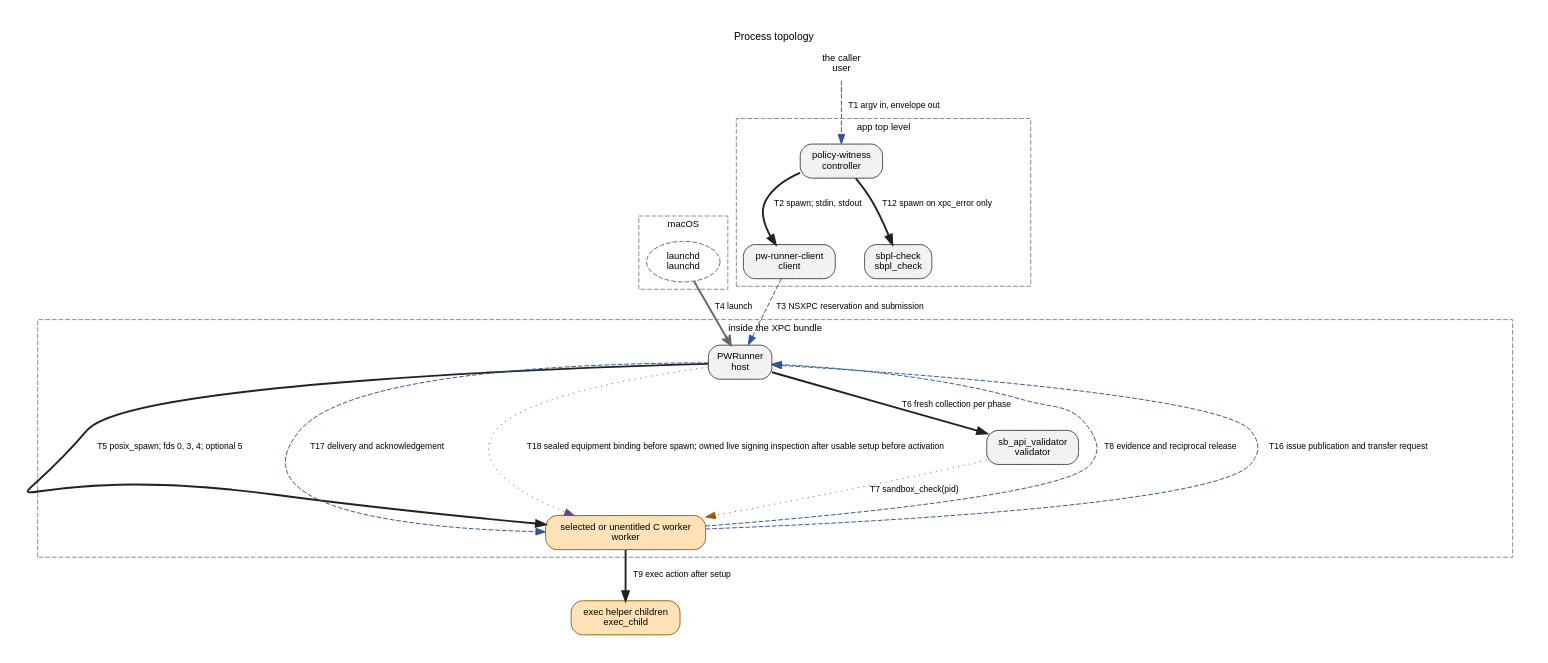
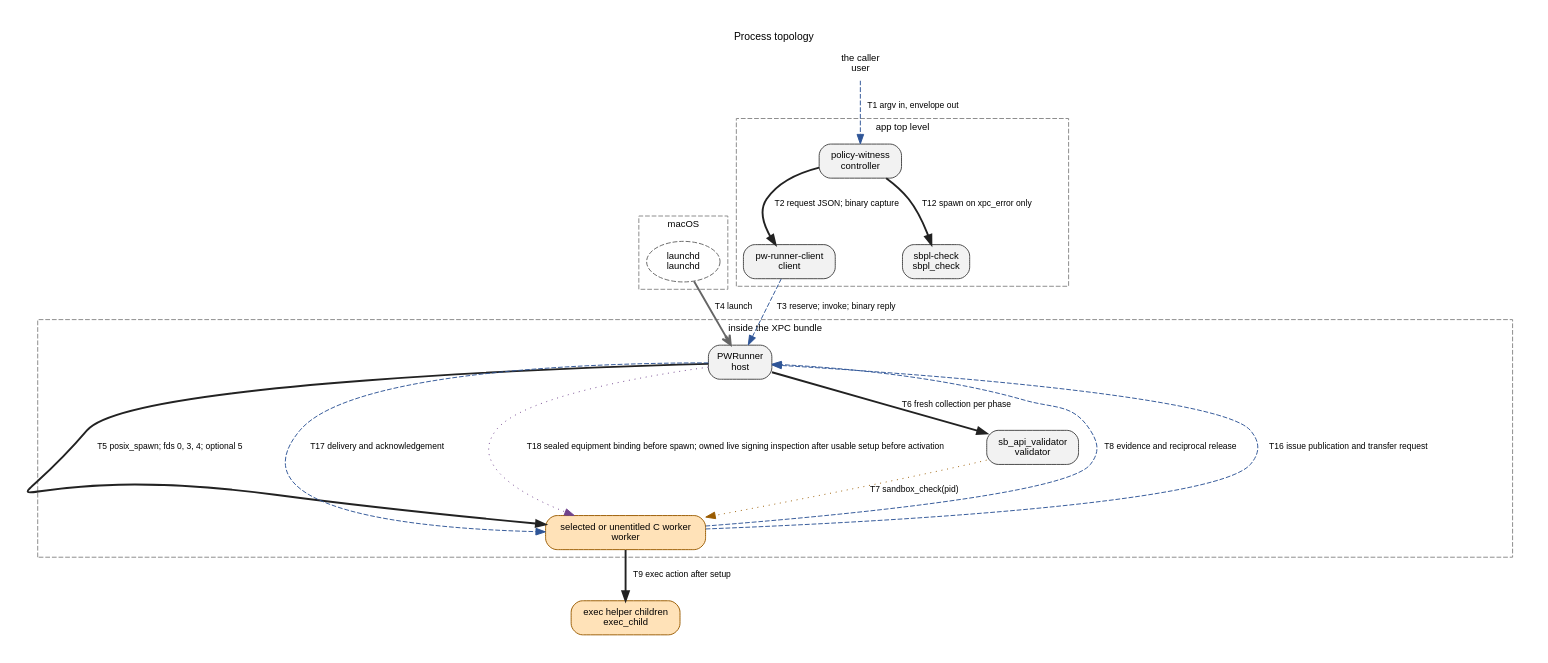
The diagram in docs/architecture-topology.dot (Protonk/PolicyWitness), drawn with Graphviz before and after one commit. The commit also changed 79 other files, not shown here.

```diff
--- a/docs/architecture-topology.dot
+++ b/docs/architecture-topology.dot
@@ -1,43 +1,43 @@
 digraph topology {
     graph [rankdir=TB, bgcolor="white", fontname="Helvetica", fontsize=11, label="Process topology", labelloc=t, pad=0.3, nodesep=0.35, ranksep=0.6];
     node [fontname="Helvetica", fontsize=10];
     edge [fontname="Helvetica", fontsize=9];
     subgraph cluster_app {
         label="app top level"; style=dashed; color="#888888"; fontsize=10;
         controller;
         client;
         sbpl_check;
     }
     subgraph cluster_xpc {
         label="inside the XPC bundle"; style=dashed; color="#888888"; fontsize=10;
         host;
         worker;
         validator;
     }
     subgraph cluster_os {
         label="macOS"; style=dashed; color="#888888"; fontsize=10;
         launchd;
     }
     user [shape="plaintext", label="the caller\nuser", URL="ARCHITECTURE.md#process-topology-nodes", tooltip="user: the caller | a shell or a harness; owns the request file and reads the envelope "];
     controller [shape="box", style="rounded,filled", fillcolor="#f2f2f2", color="#444444", label="policy-witness\ncontroller", URL="ARCHITECTURE.md#process-topology-nodes", tooltip="controller: policy-witness | Rust; app top level; the caller; no; none; one run "];
     client [shape="box", style="rounded,filled", fillcolor="#f2f2f2", color="#444444", label="pw-runner-client\nclient", URL="ARCHITECTURE.md#process-topology-nodes", tooltip="client: pw-runner-client | Swift; app top level; the controller; no; none; one helper per request; effect-free reservation attempts and the single execution invocation share one absolute deadline "];
     host [shape="box", style="rounded,filled", fillcolor="#f2f2f2", color="#444444", label="PWRunner\nhost", URL="ARCHITECTURE.md#process-topology-nodes", tooltip="host: PWRunner | Swift; inside the XPC bundle; launchd: XPC service lookup, or a Mach service for BYOXPC; no; none, by the invariance rule; actor-form token custody copies, compares and erases bytes without a sandbox call; one reservation and at most one specimen; unused reservation expiry or abandonment retires the host; terminal reply flush delay 50 milliseconds is best effort All authorized connections share one locked reservation slot. Only the connection holding its grant can consume it, before specimen decoding. Stale expiry or disconnect cannot retire an executing owner; client loss after submission never permits replay."];
     worker [shape="box", style="rounded,filled", fillcolor="#ffe2b8", color="#9a5b00", label="selected or unentitled C worker\nworker", URL="ARCHITECTURE.md#process-topology-nodes", tooltip="worker: selected or unentitled C worker | C; inside the XPC bundle; the host; equipment is independent of apply/unapplied; inherited restrictions remain; sandbox_compile_string, params, sandbox_apply; actor sandbox_extension_issue_file, consume and release; one specimen in the single-worker form, or one actor of an actor-form specimen; one application (none for an unapplied actor) and all of its ordered visits; parked between visits; terminal publication exits without host permission "];
     exec_child [shape="box", style="rounded,filled", fillcolor="#ffe2b8", color="#9a5b00", label="exec helper children\nexec_child", URL="ARCHITECTURE.md#process-topology-nodes", tooltip="exec_child: exec helper children | caller-supplied; the caller's path; the worker; inherit the worker's sandbox; none of PolicyWitness's; the worker bounds collection and leader reap; ordinary completion and worker death can leave same-group descendants alive; escaped descendants are not contained "];
     validator [shape="box", style="rounded,filled", fillcolor="#f2f2f2", color="#444444", label="sb_api_validator\nvalidator", URL="ARCHITECTURE.md#process-topology-nodes", tooltip="validator: sb_api_validator | C; inside the XPC bundle; the host at each eligible phase arrival; no; sandbox_check; one phase collection "];
     sbpl_check [shape="box", style="rounded,filled", fillcolor="#f2f2f2", color="#444444", label="sbpl-check\nsbpl_check", URL="ARCHITECTURE.md#process-topology-nodes", tooltip="sbpl_check: sbpl-check | Rust; app top level; the controller, only for an admitted client terminal xpc_error; no; sandbox_compile_string and params; never applies; one compile per helper process; the controller invokes a helper for the held request and one for each selected actor policy, potentially before host admission "];
     launchd [shape="ellipse", style="dashed", color="#666666", label="launchd\nlaunchd", URL="ARCHITECTURE.md#process-topology-nodes", tooltip="launchd: launchd | OS; system; no; none "];
     user -> controller [style="dashed", color="#2f5597", label="T1 argv in, envelope out", URL="ARCHITECTURE.md#process-topology-edges", tooltip="T1: argv in; one JSON envelope on stdout |  "];
-    controller -> client [style="bold", color="#222222", label="T2 spawn; stdin, stdout", URL="ARCHITECTURE.md#process-topology-edges", tooltip="T2: spawn once; held request on stdin, read to EOF; versioned client capture on stdout |  "];
-    client -> host [style="dashed", color="#2f5597", label="T3 NSXPC reservation and submission", URL="ARCHITECTURE.md#process-topology-edges", tooltip="T3: effect-free NSXPC reservation, then one runReservedSpecimen call and its reply |  "];
+    controller -> client [style="bold", color="#222222", label="T2 request JSON; binary capture", URL="ARCHITECTURE.md#process-topology-edges", tooltip="T2: spawn once; held request JSON on stdin to EOF; binary typed client capture on stdout |  "];
+    client -> host [style="dashed", color="#2f5597", label="T3 reserve; invoke; binary reply", URL="ARCHITECTURE.md#process-topology-edges", tooltip="T3: effect-free reservation, then one runReservedSpecimen call; request JSON and binary typed host reply |  "];
     launchd -> host [style="bold", color="#666666", arrowhead="vee", label="T4 launch", URL="ARCHITECTURE.md#process-topology-edges", tooltip="T4: start on XPC lookup, or as a Mach service (BYOXPC) |  "];
     host -> worker [style="bold", color="#222222", label="T5 posix_spawn; fds 0, 3, 4; optional 5", URL="ARCHITECTURE.md#process-topology-edges", tooltip="T5: posix_spawn; fd 0 policy pipe, fd 3 shared region, fd 4 ready pipe; optional fd 5 transient token channel |  Policy delivery uses nonblocking writes under one absolute monotonic deadline (the worker_policy_transfer limit) beginning after spawn. Expiry closes input and enters cleanup before readiness or sentinel polling. The pipe carries no framing: the host writes the submission's byte count into the shared header before spawn, and the worker at EOF publishes the count it read and refuses a different length before compiling."];
     host -> validator [style="bold", color="#222222", label="T6 fresh collection per phase", URL="ARCHITECTURE.md#process-topology-edges", tooltip="T6: fresh posix_spawn --batch <pid> per eligible phase; bundle-local default or explicit override; bounded NDJSON |  "];
     validator -> worker [style="dotted", color="#9a5b00", label="T7 sandbox_check(pid)", URL="ARCHITECTURE.md#process-topology-edges", tooltip="T7: sandbox_check against the worker PID, with SANDBOX_CHECK_NO_REPORT |  "];
     worker -> host [style="dashed", color="#2f5597", label="T8 evidence and reciprocal release", URL="ARCHITECTURE.md#process-topology-edges", tooltip="T8: shared-region worker arrivals, acknowledgements, completions and native observations; reciprocal host numbered releases hold requested actions |  "];
     worker -> exec_child [style="bold", color="#222222", label="T9 exec action after setup", URL="ARCHITECTURE.md#process-topology-edges", tooltip="T9: posix_spawn inside an exec action after setup (after apply when supplied); stdout/stderr pipes into bounded slot buffers; excluded for authority-participating actors |  "];
     controller -> sbpl_check [style="bold", color="#222222", label="T12 spawn on xpc_error only", URL="ARCHITECTURE.md#process-topology-edges", tooltip="T12: spawn only for an admitted client terminal xpc_error; held-request diagnostic plus independently associated actor-policy diagnostics; host request admission may not have occurred |  "];
     worker -> host [style="dashed", color="#2f5597", label="T16 issue publication and transfer request", URL="ARCHITECTURE.md#process-topology-edges", tooltip="T16: one-shot outbound publication per admitted issue and a distinct request/answer cell per transfer; the host owns published outbound bytes until copying or rejection and erasure |  Exchange allowance 5,000 milliseconds on each side; expiry is a transport status, never a native result. A later operation cannot reuse the expired operation's payload or answer cell. Host answer and completed source action are separate observations; a source timeout can still complete its phase."];
     host -> worker [style="dashed", color="#2f5597", label="T17 delivery and acknowledgement", URL="ARCHITECTURE.md#process-topology-edges", tooltip="T17: delivery into the recipient's assigned inbound slot; the parked recipient validates framing and its preassigned source/action/delivery before acknowledging without consuming |  Recipient framing acknowledgement precedes host byte equality and usable/failed settlement, then the source answer. Consumption requires committed, accepted, usable settlement. Private custody erases at last declared transfer use, including failed delivery; shared teardown erasure requires a reaped or never-launched owner."];
     host -> worker [color="#70428c", style="dotted", label="T18 sealed equipment binding before spawn; owned live signing inspection after usable setup before activation", URL="ARCHITECTURE.md#process-topology-edges", tooltip="T18: sealed equipment binding before spawn; owned live signing inspection after usable setup before activation |  Constructed signing observations exercise complete two-role binding, per-actor boolean requirements, explicit fixture provenance, live path mismatch, process association and ownership/deadline refusal. They do not establish native signature validity or effective authority."];
 }
```
